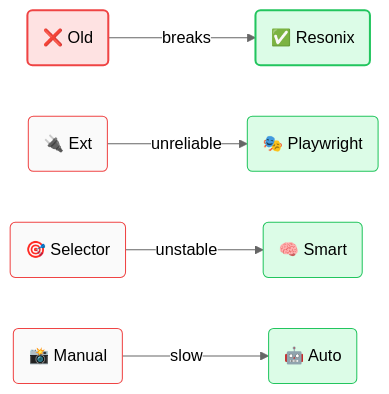
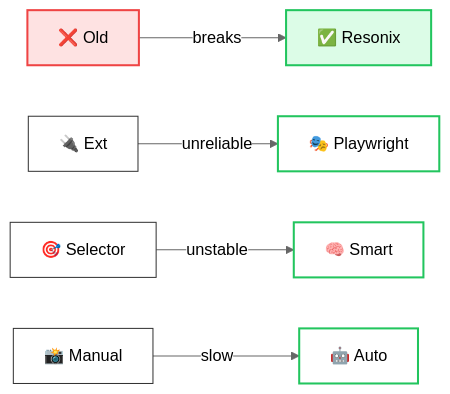
The third of 5 diagrams in README.md (mangiapanejohn-dev/Resonix-AG), drawn with Mermaid (neutral theme) before and after one commit. The commit also changed other lines of this file, not shown here.

First line of the commit message:
docs: fix diagram text - black text on white background

````diff
--- a/README.md
+++ b/README.md
@@ -100,16 +100,16 @@
 ```mermaid
 flowchart LR
-    OLD("❌ Old") -->|breaks| NEW("✅ Resonix")
-    EXT("🔌 Ext") -->|unreliable| PW("🎭 Playwright")
-    SEL("🎯 Selector") -->|unstable| SMART("🧠 Smart")
-    SS("📸 Manual") -->|slow| AUTO("🤖 Auto")
+    OLD["❌ Old"] -->|breaks| NEW["✅ Resonix"]
+    EXT["🔌 Ext"] -->|unreliable| PW["🎭 Playwright"]
+    SEL["🎯 Selector"] -->|unstable| SMART["🧠 Smart"]
+    SS["📸 Manual"] -->|slow| AUTO["🤖 Auto"]
 
-    style OLD fill:#fee2e2,stroke:#ef4444,stroke-width:2
-    style NEW fill:#dcfce7,stroke:#22c55e,stroke-width:2
-    style EXT fill:#fafafa,stroke:#ef4444
-    style PW fill:#dcfce7,stroke:#22c55e
-    style SEL fill:#fafafa,stroke:#ef4444
-    style SMART fill:#dcfce7,stroke:#22c55e
-    style SS fill:#fafafa,stroke:#ef4444
-    style AUTO fill:#dcfce7,stroke:#22c55e
+    style OLD fill:#fee2e2,stroke:#ef4444,stroke-width:2,color:#000
+    style NEW fill:#dcfce7,stroke:#22c55e,stroke-width:2,color:#000
+    style EXT fill:#fff,stroke:#333,stroke-width:1,color:#000
+    style PW fill:#fff,stroke:#22c55e,stroke-width:2,color:#000
+    style SEL fill:#fff,stroke:#333,stroke-width:1,color:#000
+    style SMART fill:#fff,stroke:#22c55e,stroke-width:2,color:#000
+    style SS fill:#fff,stroke:#333,stroke-width:1,color:#000
+    style AUTO fill:#fff,stroke:#22c55e,stroke-width:2,color:#000
 ```
````
